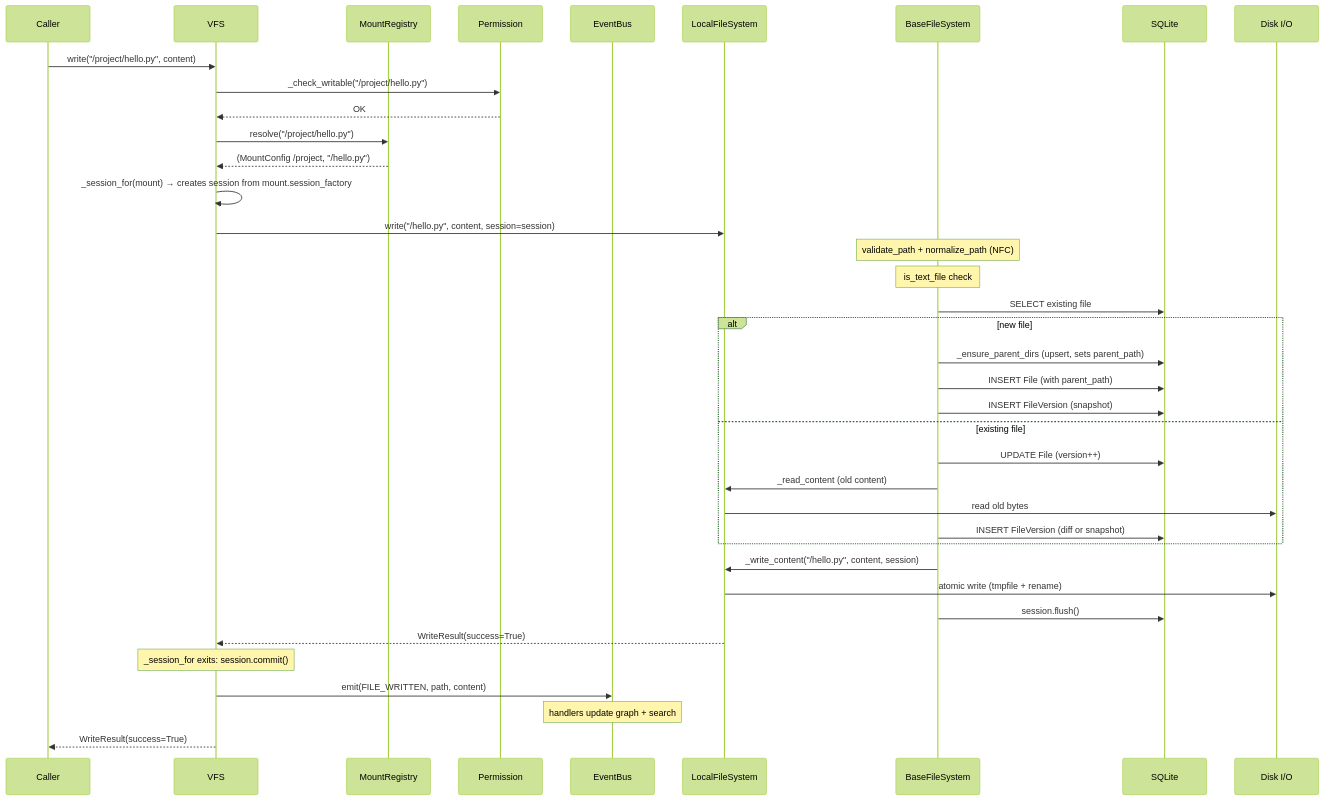
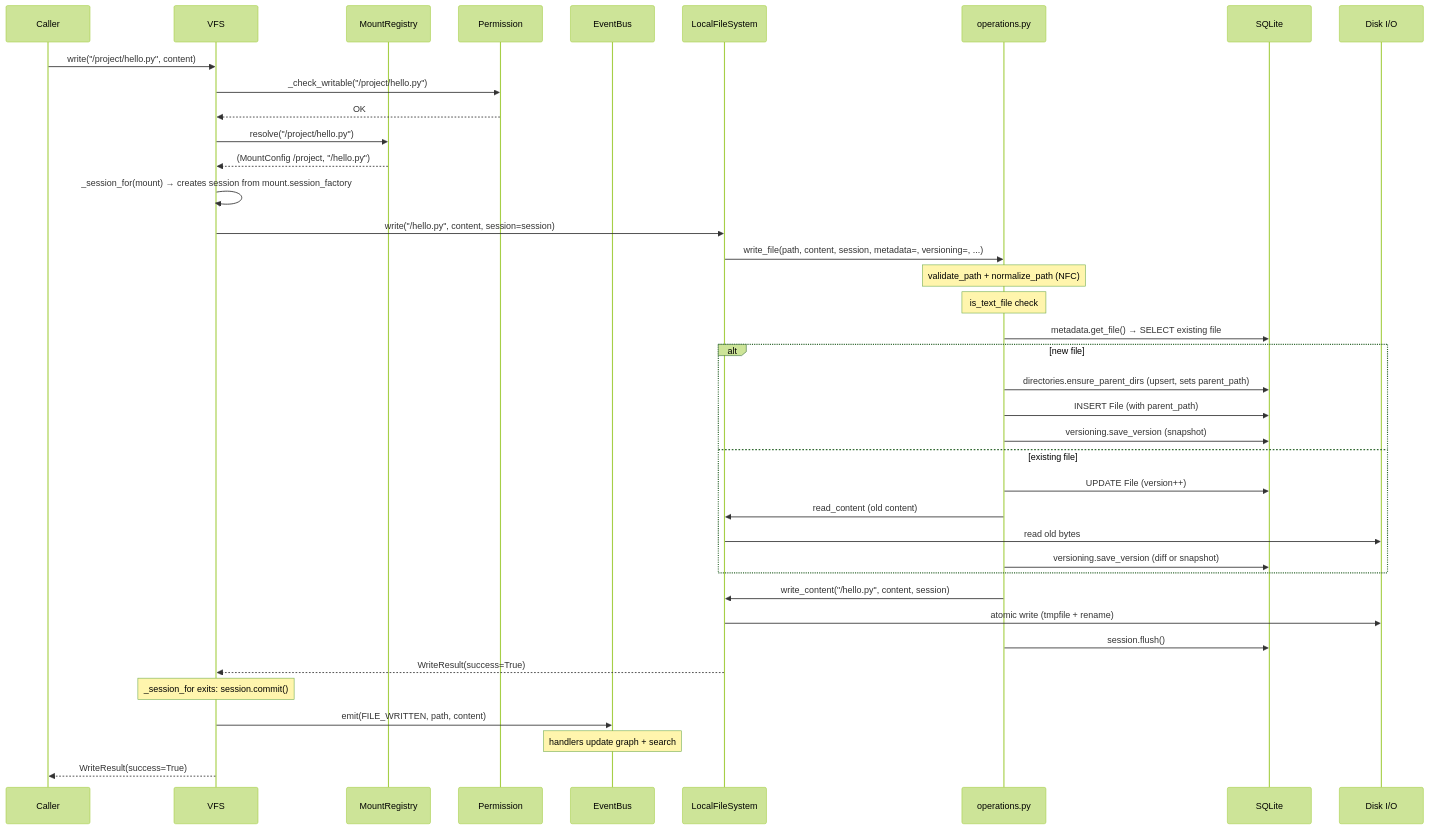
Before and after one commit to ClayGendron/grover: the second of 9 diagrams in docs/fs_architecture.md, drawn with Mermaid (forest theme). The commit also changed other lines of this file and 23 other files, not shown here.

First line of the commit message:
Replace BaseFileSystem ABC with composition + capability protocols

````diff
--- a/docs/fs_architecture.md
+++ b/docs/fs_architecture.md
@@ -109,50 +159,52 @@
 ```mermaid
 sequenceDiagram
     participant C as Caller
     participant UFS as VFS
     participant MR as MountRegistry
     participant P as Permission
     participant EB as EventBus
     participant LFS as LocalFileSystem
-    participant BFS as BaseFileSystem
+    participant Ops as operations.py
     participant DB as SQLite
     participant Disk as Disk I/O
 
     C->>UFS: write("/project/hello.py", content)
     UFS->>P: _check_writable("/project/hello.py")
     P-->>UFS: OK
 
     UFS->>MR: resolve("/project/hello.py")
     MR-->>UFS: (MountConfig /project, "/hello.py")
 
     UFS->>UFS: _session_for(mount) → creates session from mount.session_factory
     UFS->>LFS: write("/hello.py", content, session=session)
 
-    Note over BFS: validate_path + normalize_path (NFC)
-    Note over BFS: is_text_file check
+    LFS->>Ops: write_file(path, content, session, metadata=, versioning=, ...)
 
-    BFS->>DB: SELECT existing file
+    Note over Ops: validate_path + normalize_path (NFC)
+    Note over Ops: is_text_file check
+
+    Ops->>DB: metadata.get_file() → SELECT existing file
     alt new file
-        BFS->>DB: _ensure_parent_dirs (upsert, sets parent_path)
-        BFS->>DB: INSERT File (with parent_path)
-        BFS->>DB: INSERT FileVersion (snapshot)
+        Ops->>DB: directories.ensure_parent_dirs (upsert, sets parent_path)
+        Ops->>DB: INSERT File (with parent_path)
+        Ops->>DB: versioning.save_version (snapshot)
     else existing file
-        BFS->>DB: UPDATE File (version++)
-        BFS->>LFS: _read_content (old content)
+        Ops->>DB: UPDATE File (version++)
+        Ops->>LFS: read_content (old content)
         LFS->>Disk: read old bytes
-        BFS->>DB: INSERT FileVersion (diff or snapshot)
+        Ops->>DB: versioning.save_version (diff or snapshot)
     end
 
-    BFS->>LFS: _write_content("/hello.py", content, session)
+    Ops->>LFS: write_content("/hello.py", content, session)
     LFS->>Disk: atomic write (tmpfile + rename)
-    BFS->>DB: session.flush()
+    Ops->>DB: session.flush()
 
     LFS-->>UFS: WriteResult(success=True)
 
     Note over UFS: _session_for exits: session.commit()
 
     UFS->>EB: emit(FILE_WRITTEN, path, content)
     Note over EB: handlers update graph + search
 
     UFS-->>C: WriteResult(success=True)
 ```
````
